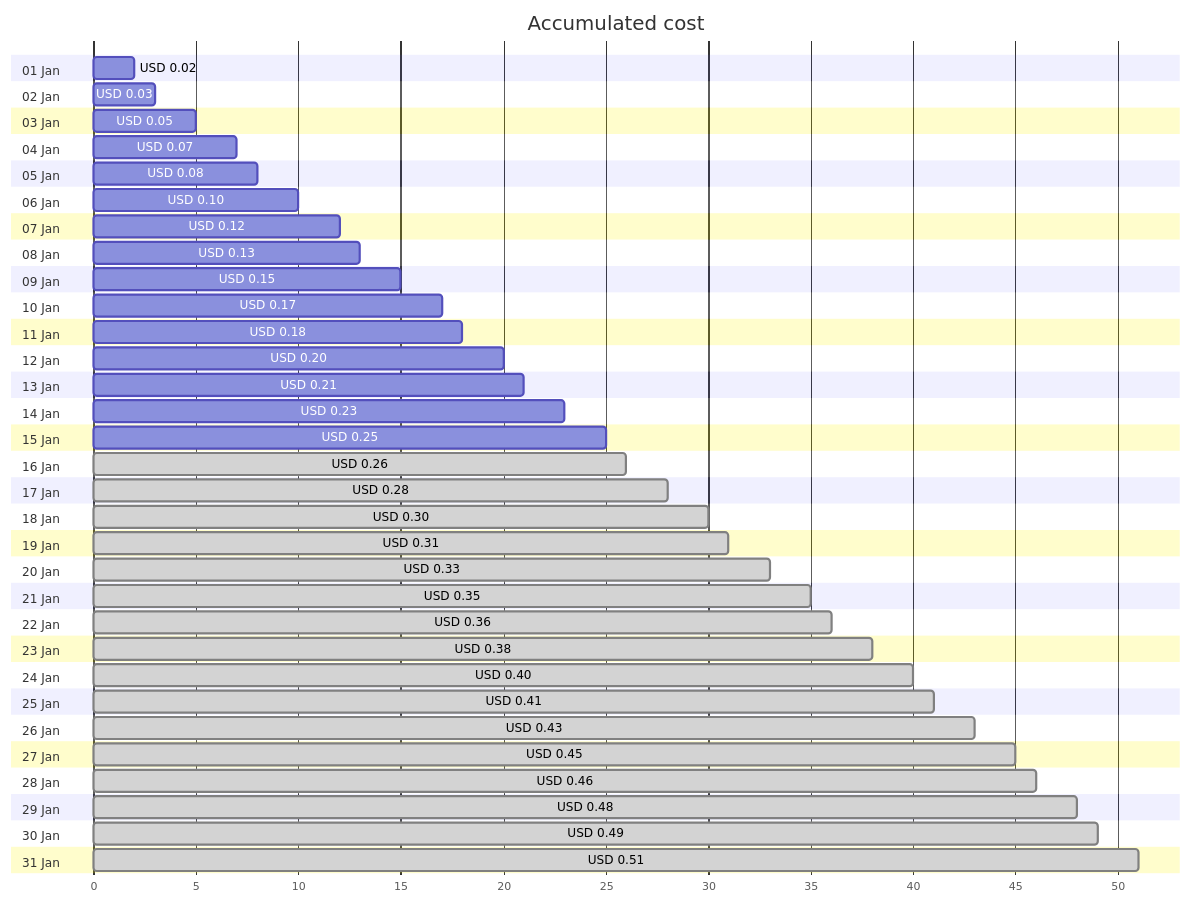
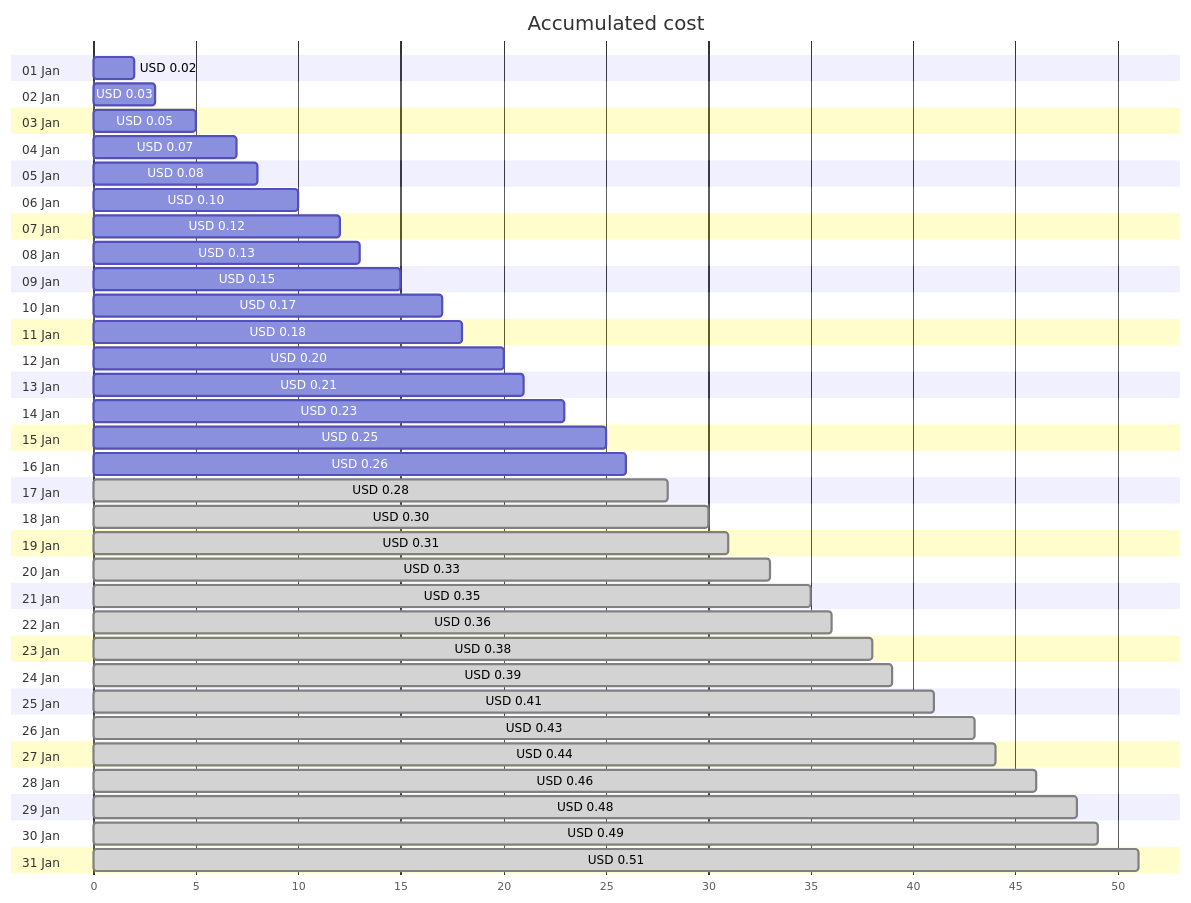
One commit to jpfulton/azure-personal-reports changed the first of 4 diagrams in cost-reports/personal-dns/jpatrickfulton.dev.md. Above: the diagram before and after it, drawn with Mermaid. The commit also changed other lines of this file and 2 other files, not shown here.

````diff
--- a/cost-reports/personal-dns/jpatrickfulton.dev.md
+++ b/cost-reports/personal-dns/jpatrickfulton.dev.md
@@ -20,68 +20,68 @@
 ```mermaid
 gantt
    title Accumulated cost
    dateFormat  X
    axisFormat %s
    section 01 Jan
    USD 0.02 :0, 2
    section 02 Jan
    USD 0.03 :0, 3
    section 03 Jan
    USD 0.05 :0, 5
    section 04 Jan
    USD 0.07 :0, 7
    section 05 Jan
    USD 0.08 :0, 8
    section 06 Jan
    USD 0.10 :0, 10
    section 07 Jan
    USD 0.12 :0, 12
    section 08 Jan
    USD 0.13 :0, 13
    section 09 Jan
    USD 0.15 :0, 15
    section 10 Jan
    USD 0.17 :0, 17
    section 11 Jan
    USD 0.18 :0, 18
    section 12 Jan
    USD 0.20 :0, 20
    section 13 Jan
    USD 0.21 :0, 21
    section 14 Jan
    USD 0.23 :0, 23
    section 15 Jan
    USD 0.25 :0, 25
    section 16 Jan
-   USD 0.26 : done, 0, 26
+   USD 0.26 :0, 26
    section 17 Jan
    USD 0.28 : done, 0, 28
    section 18 Jan
    USD 0.30 : done, 0, 30
    section 19 Jan
    USD 0.31 : done, 0, 31
    section 20 Jan
    USD 0.33 : done, 0, 33
    section 21 Jan
    USD 0.35 : done, 0, 35
    section 22 Jan
    USD 0.36 : done, 0, 36
    section 23 Jan
    USD 0.38 : done, 0, 38
    section 24 Jan
-   USD 0.40 : done, 0, 40
+   USD 0.39 : done, 0, 39
    section 25 Jan
    USD 0.41 : done, 0, 41
    section 26 Jan
    USD 0.43 : done, 0, 43
    section 27 Jan
-   USD 0.45 : done, 0, 45
+   USD 0.44 : done, 0, 44
    section 28 Jan
    USD 0.46 : done, 0, 46
    section 29 Jan
    USD 0.48 : done, 0, 48
    section 30 Jan
    USD 0.49 : done, 0, 49
    section 31 Jan
    USD 0.51 : done, 0, 51
 ```
````
